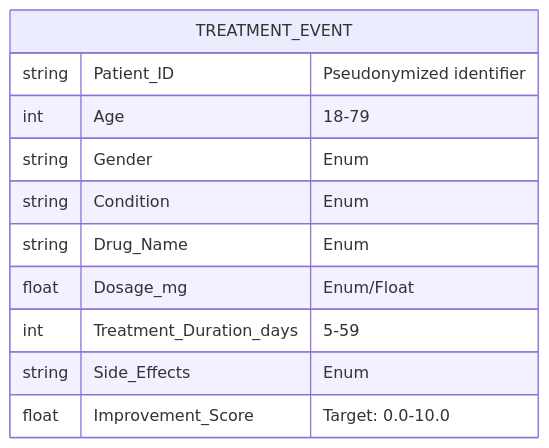
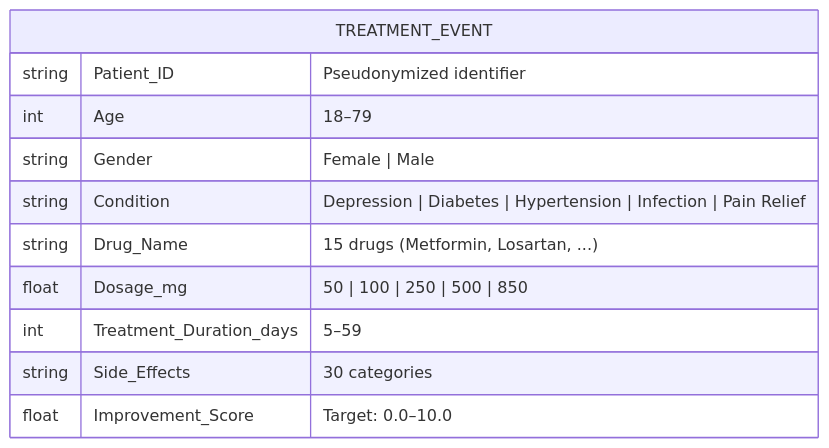
One commit to iammohith/MLOps-System-For-Clinical-Treatment-Outcome-Prediction changed the second of 4 diagrams in README.md. Above: the diagram before and after it, drawn with Mermaid. The commit also changed other lines of this file and 25 other files, not shown here.

````diff
--- a/README.md
+++ b/README.md
@@ -110,14 +180,14 @@
 ```mermaid
 erDiagram
     TREATMENT_EVENT {
         string Patient_ID "Pseudonymized identifier"
-        int Age "18-79"
-        string Gender "Enum"
-        string Condition "Enum"
-        string Drug_Name "Enum"
-        float Dosage_mg "Enum/Float"
-        int Treatment_Duration_days "5-59"
-        string Side_Effects "Enum"
-        float Improvement_Score "Target: 0.0-10.0"
+        int Age "18–79"
+        string Gender "Female | Male"
+        string Condition "Depression | Diabetes | Hypertension | Infection | Pain Relief"
+        string Drug_Name "15 drugs (Metformin, Losartan, ...)"
+        float Dosage_mg "50 | 100 | 250 | 500 | 850"
+        int Treatment_Duration_days "5–59"
+        string Side_Effects "30 categories"
+        float Improvement_Score "Target: 0.0–10.0"
     }
 ```
````
